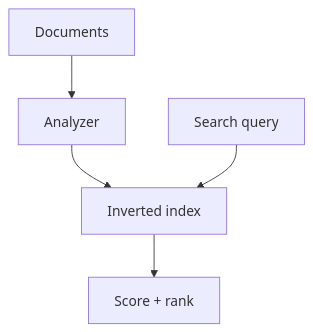
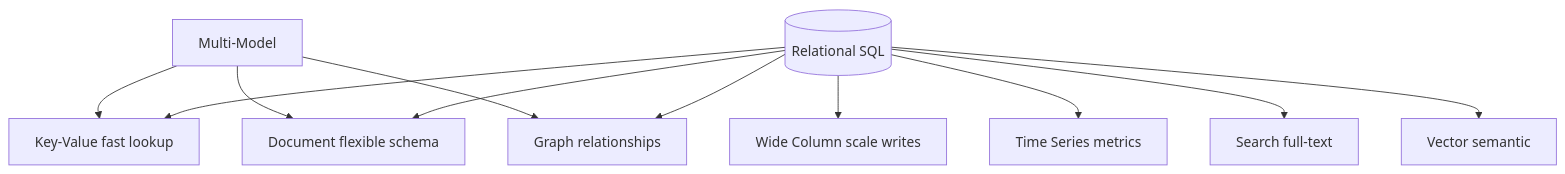
One commit to hareramcse/SystemDesign changed the sixth of 9 diagrams in 02-databases/README.md. Above: the diagram before and after it, drawn with Mermaid. The commit also changed other lines of this file, not shown here.

````diff
--- a/02-databases/README.md
+++ b/02-databases/README.md
@@ -1437,7 +4606,14 @@
 ```mermaid
 flowchart TB
-    Docs[Documents] --> Analyze[Analyzer]
-    Analyze --> InvIdx[Inverted index]
-    Query[Search query] --> InvIdx
-    InvIdx --> Rank[Score + rank]
+  R[(Relational SQL)]
+  R --> KV[Key-Value fast lookup]
+  R --> DOC[Document flexible schema]
+  R --> WC[Wide Column scale writes]
+  R --> G[Graph relationships]
+  R --> TS[Time Series metrics]
+  R --> SRCH[Search full-text]
+  R --> VEC[Vector semantic]
+  MM[Multi-Model] --> KV
+  MM --> DOC
+  MM --> G
 ```
````
